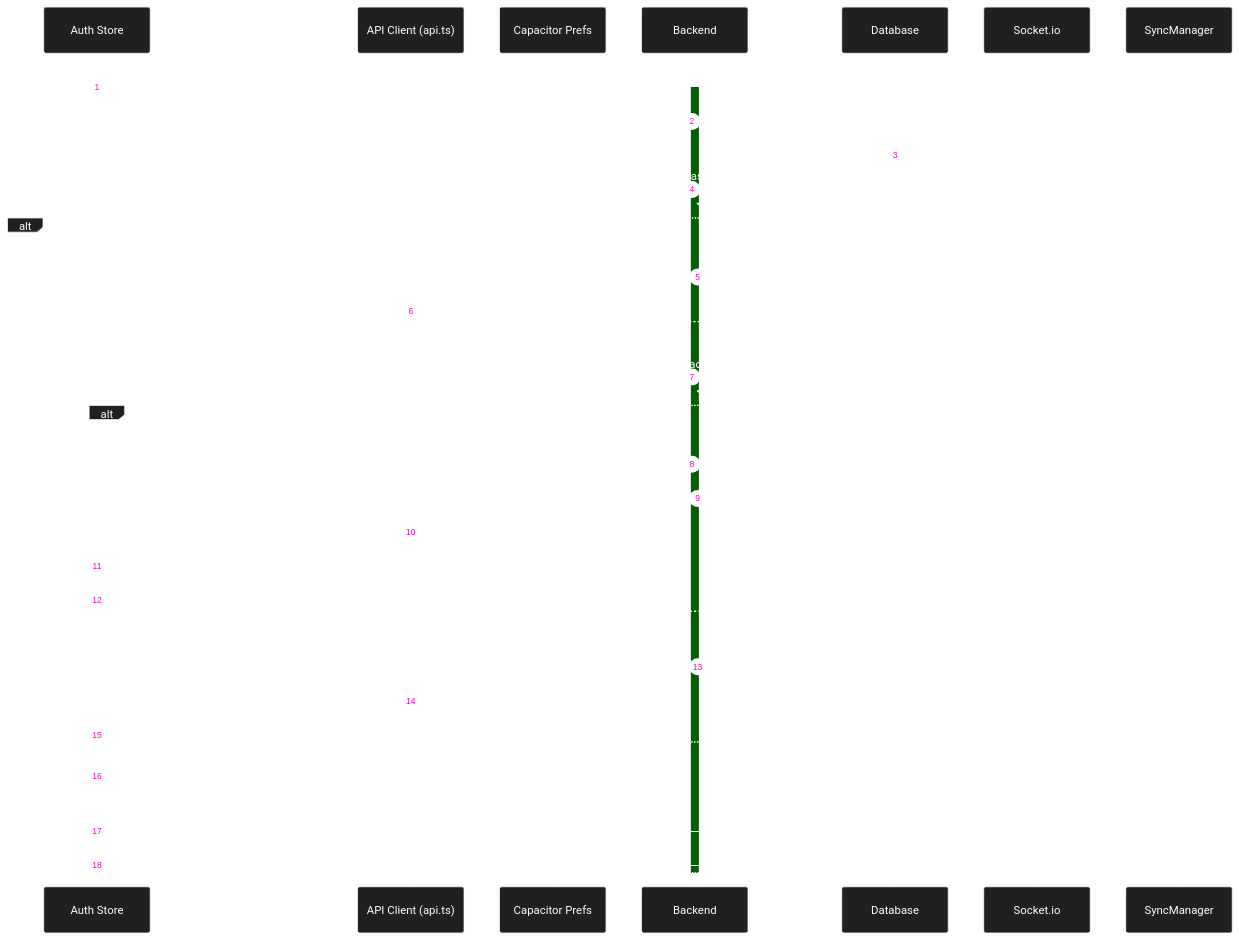
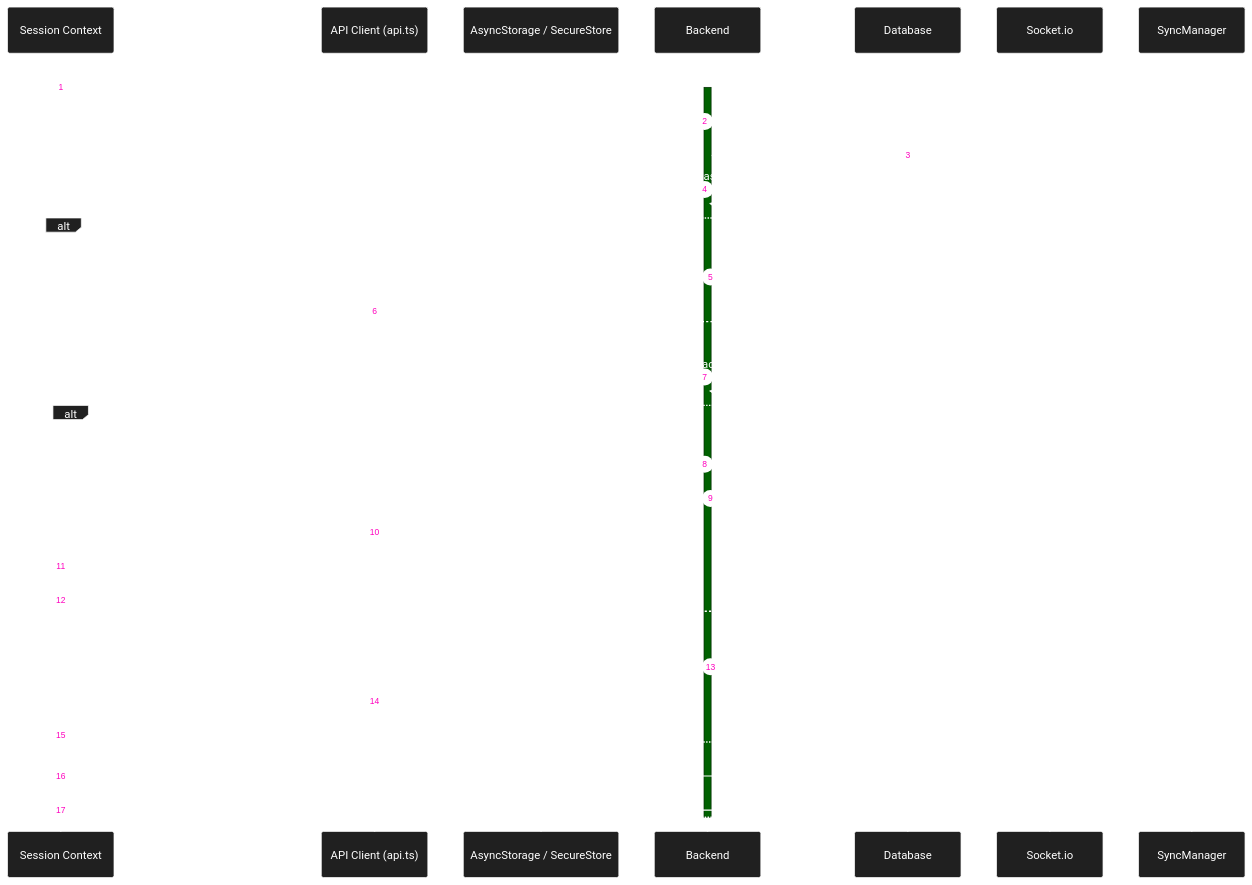
The diagram in docs/diagrams/sequence/auth/login.md (michaelgreenl/tally-tracker), drawn with Mermaid before and after one commit. The commit also changed 213 other files, not shown here.

````diff
--- a/docs/diagrams/sequence/auth/login.md
+++ b/docs/diagrams/sequence/auth/login.md
@@ -3,59 +3,58 @@
 ```mermaid
 %%{
   init: {
     'theme': 'base',
     'themeVariables': {
       'primaryColor': '#202020',
       'primaryTextColor': '#fff',
       'primaryBorderColor': '#ffffff',
       'lineColor': '#00ff41',
       'secondaryColor': '#006100',
       'tertiaryColor': '#fff',
       'noteBkgColor': '#333',
       'noteTextColor': '#fff',
       'noteBorderColor': '#fff'
     }
   }
 }%%
 
 sequenceDiagram
     autonumber
-    participant Store as Auth Store
+    participant Store as Session Context
     participant Client as API Client (api.ts)
-    participant Storage as Capacitor Prefs
+    participant Storage as AsyncStorage / SecureStore
     participant API as Backend
     participant DB as Database
     participant Socket as Socket.io
     participant Sync as SyncManager
 
     Store->>Client: POST /users/login { email, password, rememberMe }
 
     activate API
     API->>DB: Find user by normalized email
     DB-->>API: User record
     API->>API: Compare password hash
 
     alt Invalid Credentials
         API-->>Client: 404 or 401
         Client-->>Store: ApiError
     else Valid Credentials
         API->>API: Generate access token
 
         alt rememberMe true or native login
             API->>DB: Store refresh token record
             API-->>Client: 200 { user, accessToken, refreshToken } + Set-Cookie
             Client-->>Store: Auth response
             Store->>Storage: Cache user profile
             Store->>Storage: Store native tokens when present
         else rememberMe false on web
             API-->>Client: 200 { user, accessToken } + Set-Cookie(access)
             Client-->>Store: Auth response
             Store->>Storage: Cache user profile
         end
 
-        Store->>Store: localStorage.AUTHORIZED = true
         Store->>Socket: connectSocket()
         Store->>Sync: processQueue()
     end
     deactivate API
 ```
````
